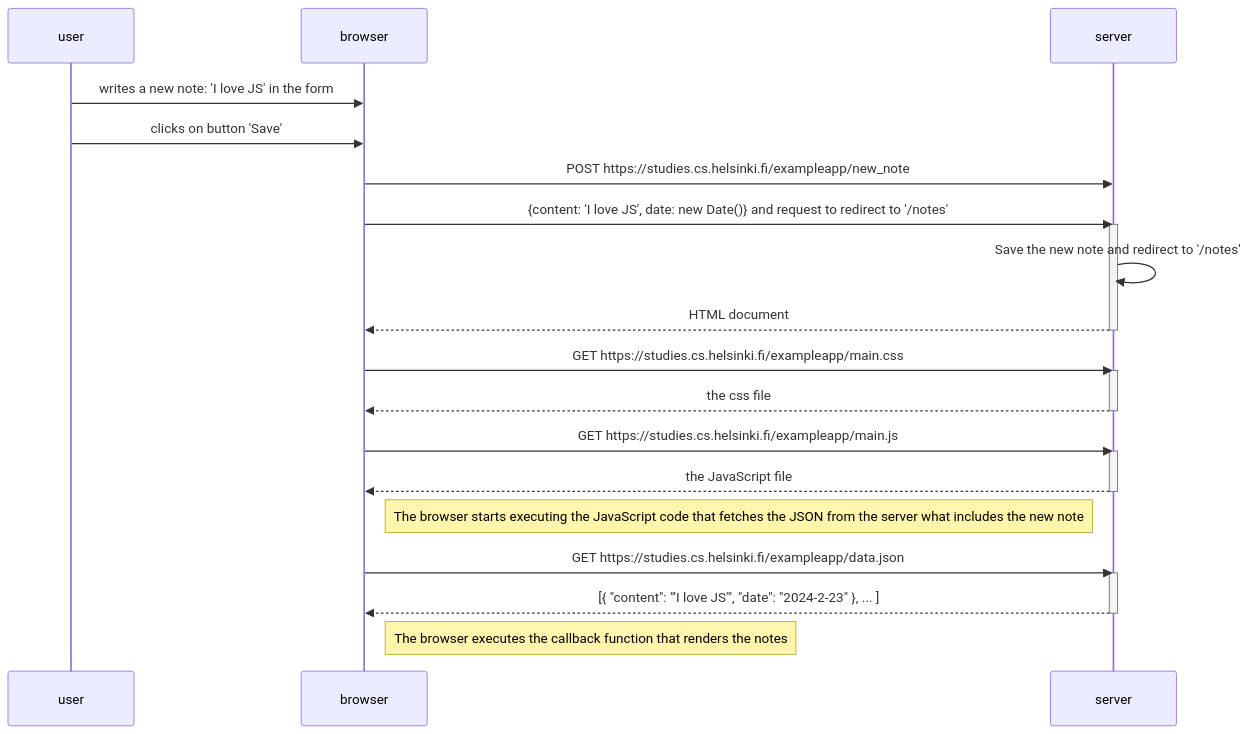
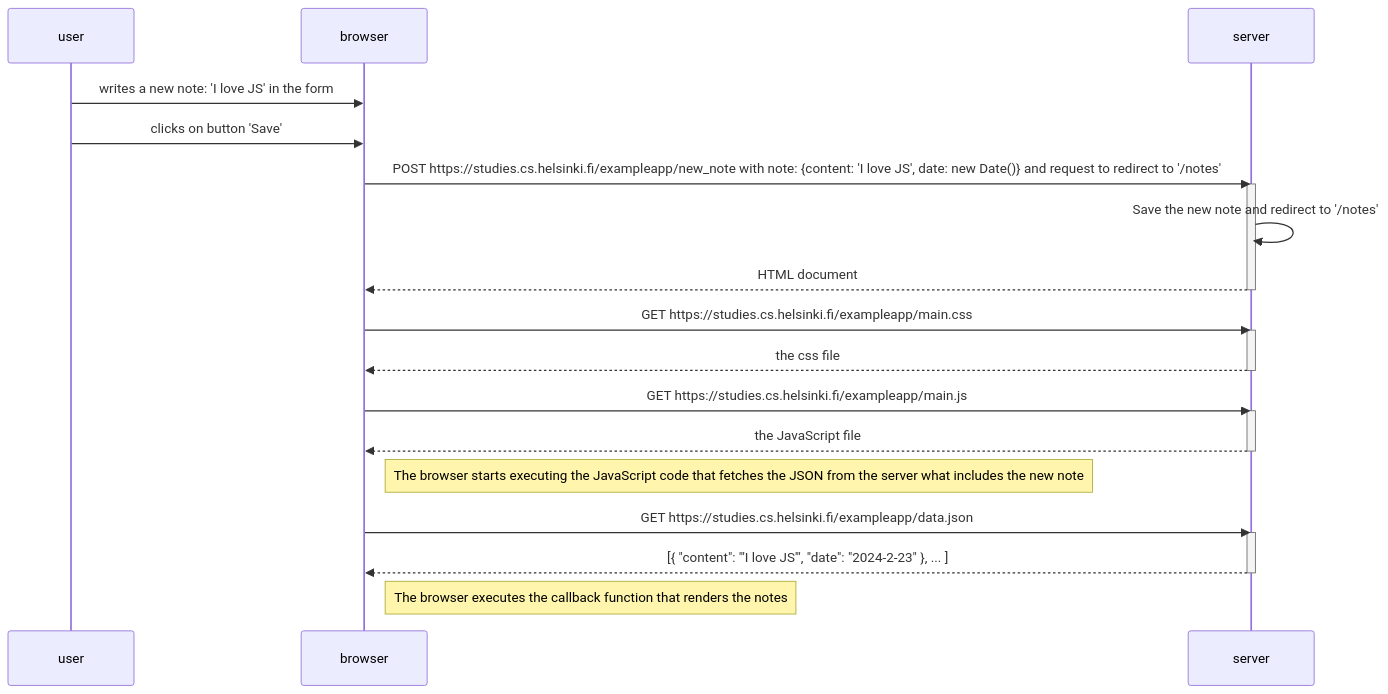
The diagram in part 0/0-4.mmd (CristianMelero/fs_open_CristianMelero), drawn with Mermaid before and after one commit.

```diff
--- a/part 0/0-4.mmd
+++ b/part 0/0-4.mmd
@@ -1,33 +1,32 @@
 sequenceDiagram
     participant user
     participant browser
     participant server
 
     user->>browser: writes a new note: 'I love JS' in the form
     user->>browser: clicks on button 'Save'
 
-    browser->>server: POST https://studies.cs.helsinki.fi/exampleapp/new_note
-    browser->>server: {content: 'I love JS', date: new Date()} and request to redirect to '/notes'
+    browser->>server: POST https://studies.cs.helsinki.fi/exampleapp/new_note with note: {content: 'I love JS', date: new Date()} and request to redirect to '/notes'
     activate server
     server->>server: Save the new note and redirect to '/notes'
     server-->>browser: HTML document
     deactivate server
 
     browser->>server: GET https://studies.cs.helsinki.fi/exampleapp/main.css
     activate server
     server-->>browser: the css file
     deactivate server
 
     browser->>server: GET https://studies.cs.helsinki.fi/exampleapp/main.js
     activate server
     server-->>browser: the JavaScript file
     deactivate server
 
     Note right of browser: The browser starts executing the JavaScript code that fetches the JSON from the server what includes the new note
 
     browser->>server: GET https://studies.cs.helsinki.fi/exampleapp/data.json
     activate server
     server-->>browser: [{ "content": "'I love JS'", "date": "2024-2-23" }, ... ]
     deactivate server
 
     Note right of browser: The browser executes the callback function that renders the notes
```
